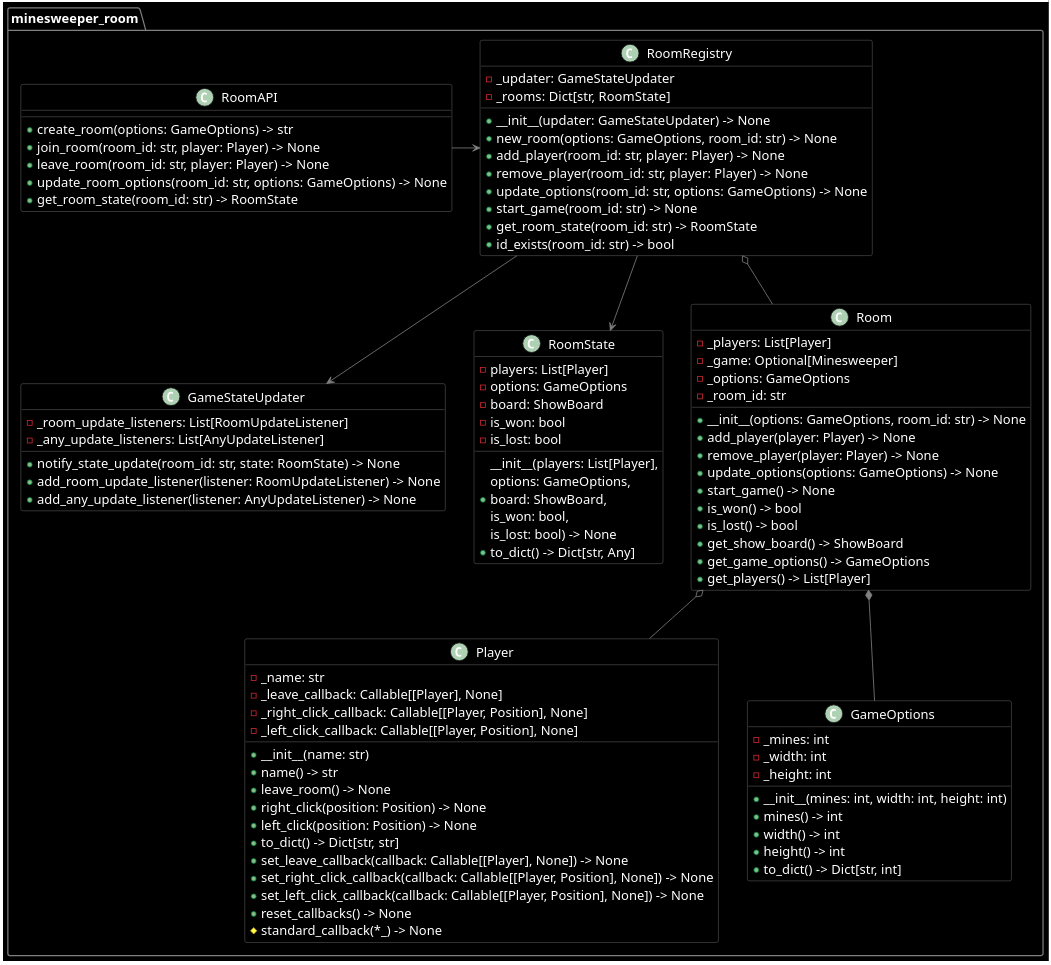
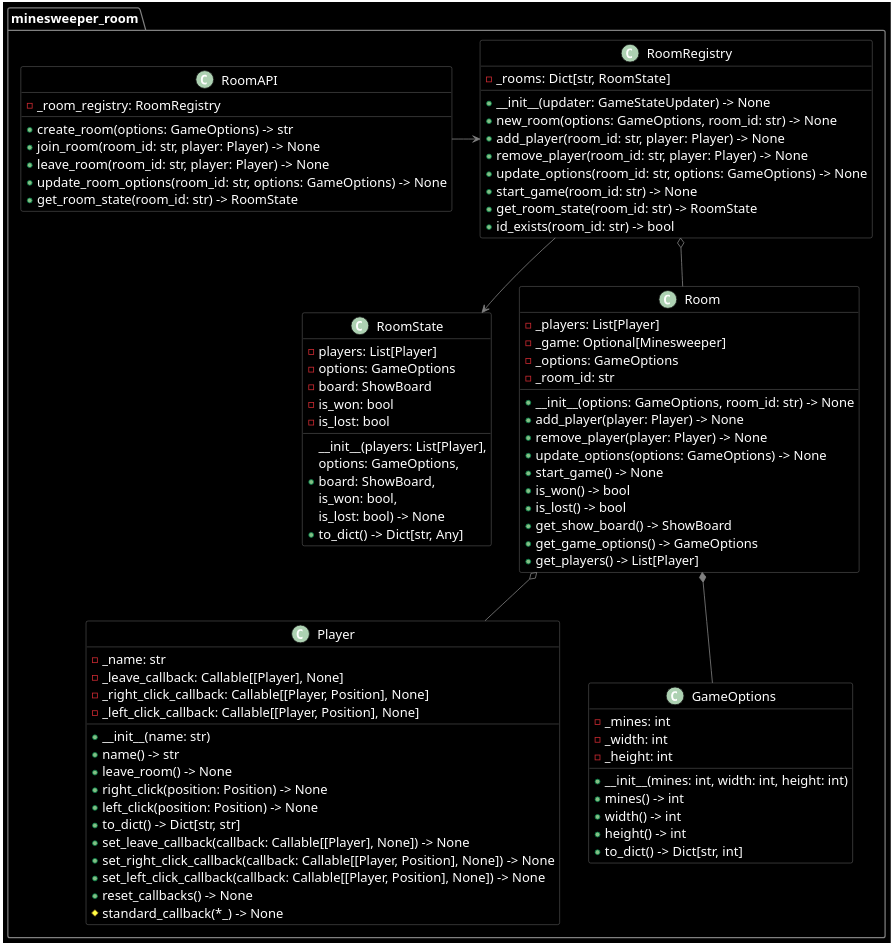
The diagram in doc/minesweeper_room-diagram.puml (HampusSiik/minesweeper-with-friends), drawn with PlantUML before and after one commit. The commit also changed 3 other files, not shown here.

Commit message:
Remove GameStateUpdater class and its references from RoomAPI and RoomRegistry

```diff
--- a/doc/minesweeper_room-diagram.puml
+++ b/doc/minesweeper_room-diagram.puml
@@ -1,135 +1,126 @@
 @startuml minesweeper_room
 
 skinparam {
 
     DefaultFontColor White
     DefaultFontName Monospace
     DefaultFontSize 16
     DefaultBorderColor White
     ArrowColor Gray
 
     BackgroundColor Black
     BorderColor Gray
     FontColor White
 
     class {
         BackgroundColor Black
         BorderColor Gray
     }
 
     package {
         BackgroundColor Black
         BorderColor Gray
     }
 
 }
 
 package minesweeper_room {
 
-
-    class GameStateUpdater {
-        - _room_update_listeners: List[RoomUpdateListener]
-        - _any_update_listeners: List[AnyUpdateListener]
-        + notify_state_update(room_id: str, state: RoomState) -> None
-        + add_room_update_listener(listener: RoomUpdateListener) -> None
-        + add_any_update_listener(listener: AnyUpdateListener) -> None
-    }
-
     class RoomState {
         - players: List[Player]
         - options: GameOptions
         - board: ShowBoard
         - is_won: bool
         - is_lost: bool
         + __init__(players: List[Player],\noptions: GameOptions,\nboard: ShowBoard,\nis_won: bool,\nis_lost: bool) -> None
         + to_dict() -> Dict[str, Any]
     }
 
     class RoomAPI {
+        - _room_registry: RoomRegistry
+
         + create_room(options: GameOptions) -> str
         + join_room(room_id: str, player: Player) -> None
         + leave_room(room_id: str, player: Player) -> None
         + update_room_options(room_id: str, options: GameOptions) -> None
         + get_room_state(room_id: str) -> RoomState
     }
 
     class RoomRegistry {
-        - _updater: GameStateUpdater
         - _rooms: Dict[str, RoomState]
         + __init__(updater: GameStateUpdater) -> None
         + new_room(options: GameOptions, room_id: str) -> None
         + add_player(room_id: str, player: Player) -> None
         + remove_player(room_id: str, player: Player) -> None
         + update_options(room_id: str, options: GameOptions) -> None
         + start_game(room_id: str) -> None
         + get_room_state(room_id: str) -> RoomState
         + id_exists(room_id: str) -> bool
     }
 
     class Player {
 
         - _name: str
         - _leave_callback: Callable[[Player], None]
         - _right_click_callback: Callable[[Player, Position], None]
         - _left_click_callback: Callable[[Player, Position], None]
 
         + __init__(name: str)
         + name() -> str
         + leave_room() -> None
         + right_click(position: Position) -> None
         + left_click(position: Position) -> None
         + to_dict() -> Dict[str, str]
         + set_leave_callback(callback: Callable[[Player], None]) -> None
         + set_right_click_callback(callback: Callable[[Player, Position], None]) -> None
         + set_left_click_callback(callback: Callable[[Player, Position], None]) -> None
         + reset_callbacks() -> None
         # standard_callback(*_) -> None
 
     }
 
     class GameOptions {
 
         - _mines: int
         - _width: int
         - _height: int
 
         + __init__(mines: int, width: int, height: int)
         + mines() -> int
         + width() -> int
         + height() -> int
         + to_dict() -> Dict[str, int]
 
     }
 
     class Room {
 
         - _players: List[Player]
         - _game: Optional[Minesweeper]
         - _options: GameOptions
         - _room_id: str
 
         + __init__(options: GameOptions, room_id: str) -> None
         + add_player(player: Player) -> None
         + remove_player(player: Player) -> None
         + update_options(options: GameOptions) -> None
         + start_game() -> None
         + is_won() -> bool
         + is_lost() -> bool
         + get_show_board() -> ShowBoard
         + get_game_options() -> GameOptions
         + get_players() -> List[Player]
 
     }
 
     RoomAPI -> RoomRegistry
     RoomRegistry --> RoomState
-    RoomRegistry --> GameStateUpdater
 
     Room o-- Player
     Room *-- GameOptions
 
     RoomRegistry o-- Room
 
 }
 
 @enduml
```
